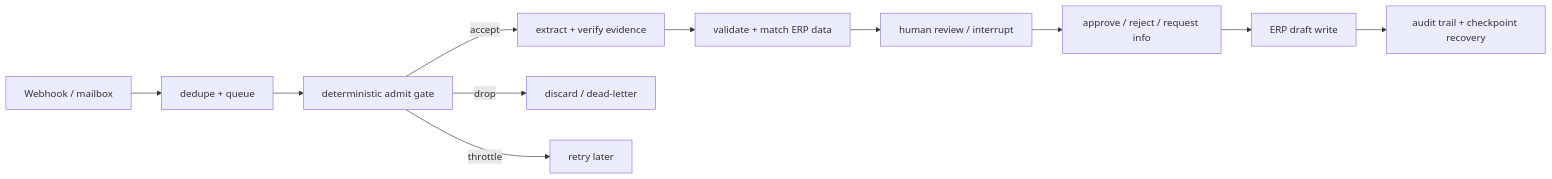
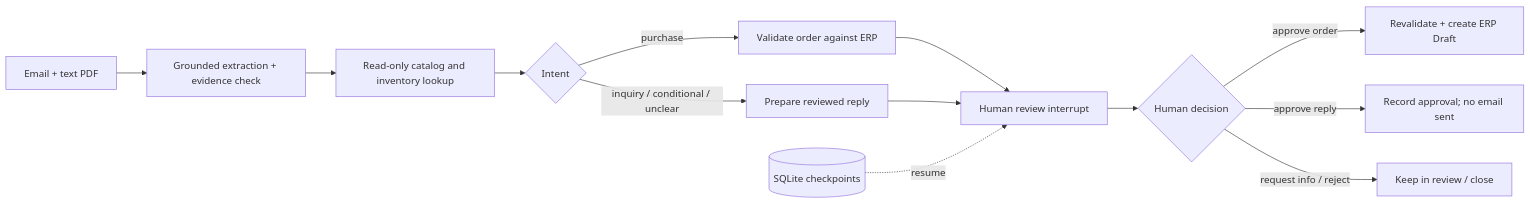
Before and after one commit to swnotmetal/E2E-MailOrder-LangChain: the diagram in README.md, drawn with Mermaid. The commit also changed other lines of this file, not shown here.

Commit message:
Position README as consulting engineering portfolio

````diff
--- a/README.md
+++ b/README.md
@@ -24,13 +24,15 @@
 ```mermaid
 flowchart LR
-  A[Webhook / mailbox] --> B[dedupe + queue]
-  B --> C[deterministic admit gate]
-  C -->|accept| D[extract + verify evidence]
-  C -->|drop| E[discard / dead-letter]
-  C -->|throttle| F[retry later]
-  D --> G[validate + match ERP data]
-  G --> H[human review / interrupt]
-  H --> I[approve / reject / request info]
-  I --> J[ERP draft write]
-  J --> K[audit trail + checkpoint recovery]
+  A[Email + text PDF] --> B[Grounded extraction + evidence check]
+  B --> C[Read-only catalog and inventory lookup]
+  C --> D{Intent}
+  D -->|purchase| E[Validate order against ERP]
+  D -->|inquiry / conditional / unclear| F[Prepare reviewed reply]
+  E --> G[Human review interrupt]
+  F --> G
+  G --> H{Human decision}
+  H -->|approve order| I[Revalidate + create ERP Draft]
+  H -->|approve reply| J[Record approval; no email sent]
+  H -->|request info / reject| K[Keep in review / close]
+  L[(SQLite checkpoints)] -. resume .-> G
 ```
````
